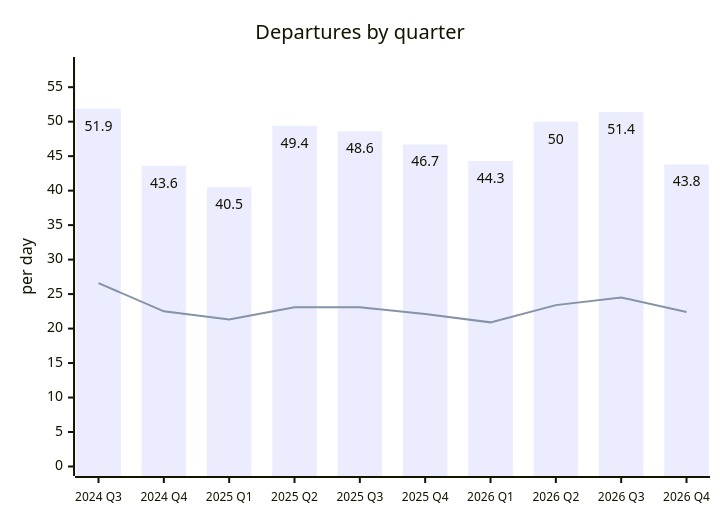
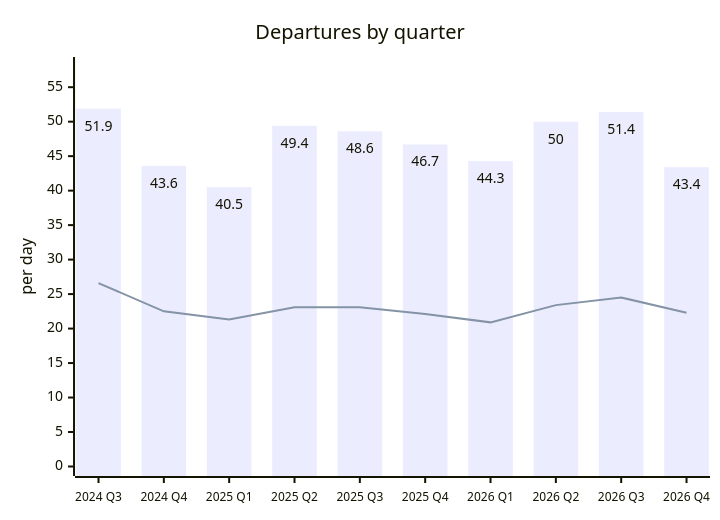
The second of 2 diagrams in README.md (rainermesi/tll-airport-departures), drawn with Mermaid before and after one commit. The commit also changed other lines of this file and 3 other files, not shown here.

````diff
--- a/README.md
+++ b/README.md
@@ -82,15 +82,15 @@
 ```mermaid
 ---
 config:
   xyChart:
     showDataLabel: true
     xAxis:
       labelFontSize: 12
 ---
 xychart-beta
     title "Departures by quarter"
     x-axis ["2024 Q3", "2024 Q4", "2025 Q1", "2025 Q2", "2025 Q3", "2025 Q4", "2026 Q1", "2026 Q2", "2026 Q3", "2026 Q4"]
     y-axis "per day" 0 --> 58
-    bar [51.9, 43.6, 40.5, 49.4, 48.6, 46.7, 44.3, 50.0, 51.4, 43.8]
-    line [26.6, 22.5, 21.3, 23.1, 23.1, 22.1, 20.9, 23.4, 24.5, 22.4]
+    bar [51.9, 43.6, 40.5, 49.4, 48.6, 46.7, 44.3, 50.0, 51.4, 43.4]
+    line [26.6, 22.5, 21.3, 23.1, 23.1, 22.1, 20.9, 23.4, 24.5, 22.3]
 ```
````
